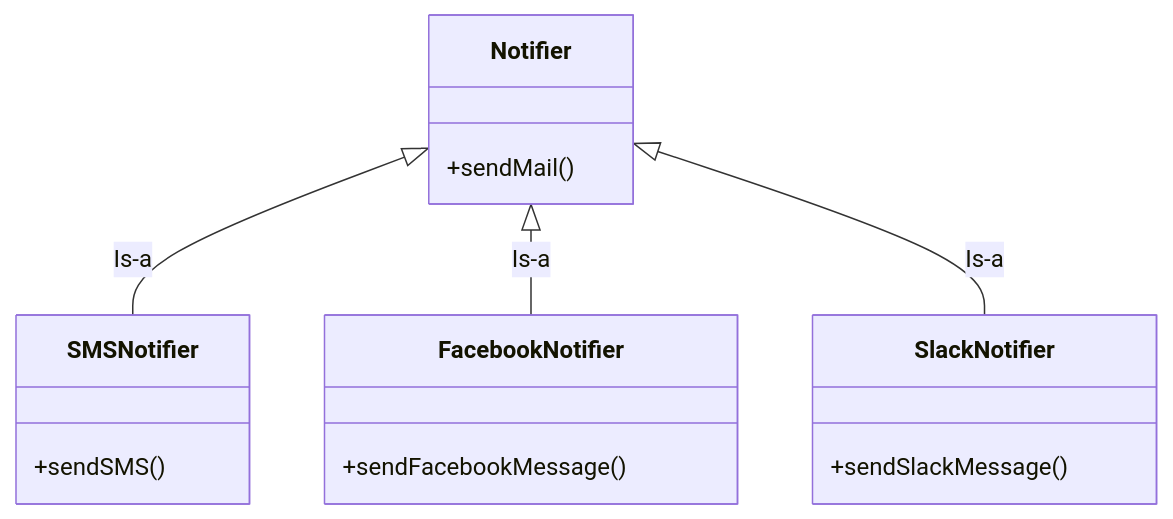
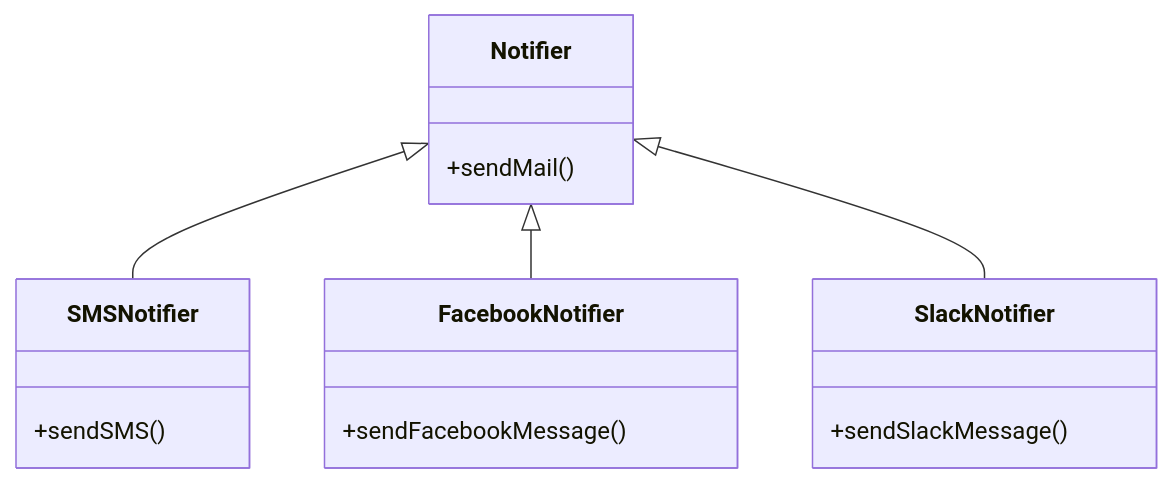
The first of 4 diagrams in docs/Book/3.4 Decorator.md (nguyenphuc22/Design-Patterns), drawn with Mermaid before and after one commit. The commit also changed other lines of this file, not shown here.

````diff
--- a/docs/Book/3.4 Decorator.md
+++ b/docs/Book/3.4 Decorator.md
@@ -13,22 +19,22 @@
 ```mermaid
 classDiagram
     class Notifier {
         +sendMail()
     }
 
     class SMSNotifier {
         +sendSMS()
     }
 
     class FacebookNotifier {
         +sendFacebookMessage()
     }
 
     class SlackNotifier {
         +sendSlackMessage()
     }
 
-    Notifier <|-- SMSNotifier: Is-a
-    Notifier <|-- FacebookNotifier: Is-a
-    Notifier <|-- SlackNotifier: Is-a
+    Notifier <|-- SMSNotifier
+    Notifier <|-- FacebookNotifier
+    Notifier <|-- SlackNotifier
 ```
````
